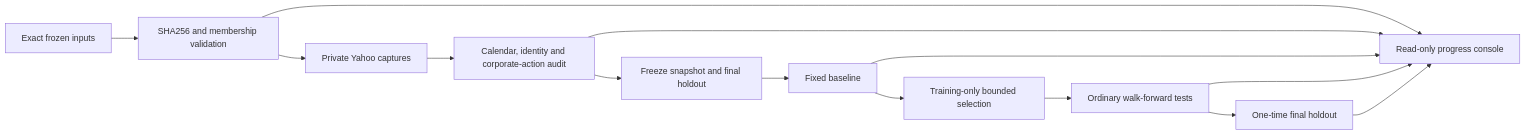
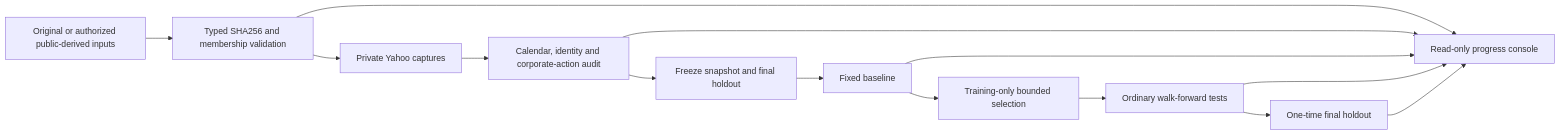
The diagram in docs/architecture.md (kyon-phy/TrendTrade101), drawn with Mermaid before and after one commit. The commit also changed other lines of this file and 30 other files, not shown here.

Commit message:
Add verified derived inputs and guarded research orchestration

````diff
--- a/docs/architecture.md
+++ b/docs/architecture.md
@@ -5,16 +5,16 @@
 ```mermaid
 flowchart LR
-    A[Exact frozen inputs] --> B[SHA256 and membership validation]
+    A[Original or authorized public-derived inputs] --> B[Typed SHA256 and membership validation]
     B --> C[Private Yahoo captures]
     C --> D[Calendar, identity and corporate-action audit]
     D --> E[Freeze snapshot and final holdout]
     E --> F[Fixed baseline]
     F --> G[Training-only bounded selection]
     G --> H[Ordinary walk-forward tests]
     H --> I[One-time final holdout]
     B --> J[Read-only progress console]
     D --> J
     F --> J
     H --> J
     I --> J
 ```
````
